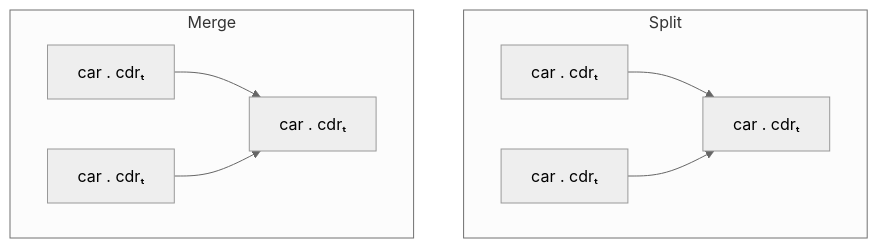
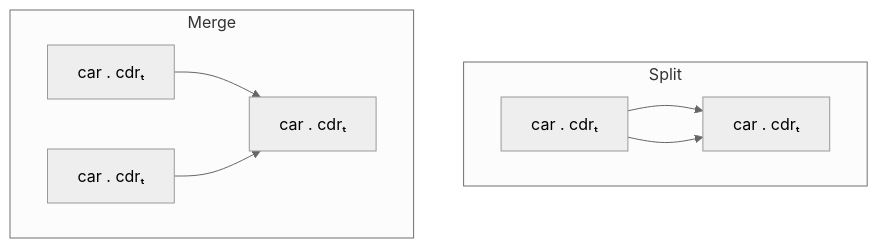
One commit to raviqqe/doc changed the diagram in slides/papers/stak-scheme/encode-branch.mmd. Above: the diagram before and after it, drawn with Mermaid (neutral theme).

```diff
--- a/slides/papers/stak-scheme/encode-branch.mmd
+++ b/slides/papers/stak-scheme/encode-branch.mmd
@@ -1,14 +1,14 @@
 flowchart TB
   subgraph Split
     direction LR
 
-    c0[car . cdrₜ] --> c2[car . cdrₜ]
-    c1[car . cdrₜ] --> c2
+    c0[car . cdrₜ] --> c1[car . cdrₜ]
+    c0 --> c1[car . cdrₜ]
   end
 
   subgraph Merge
     direction LR
 
     c3[car . cdrₜ] --> c5[car . cdrₜ]
     c4[car . cdrₜ] --> c5
   end
```
